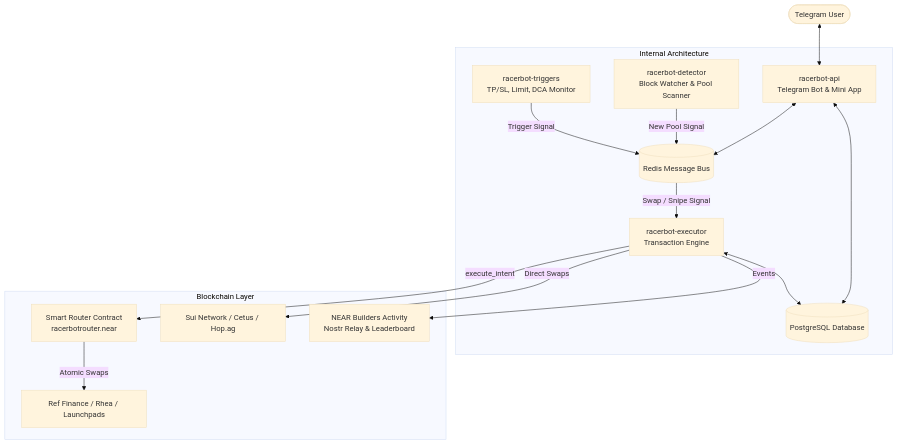
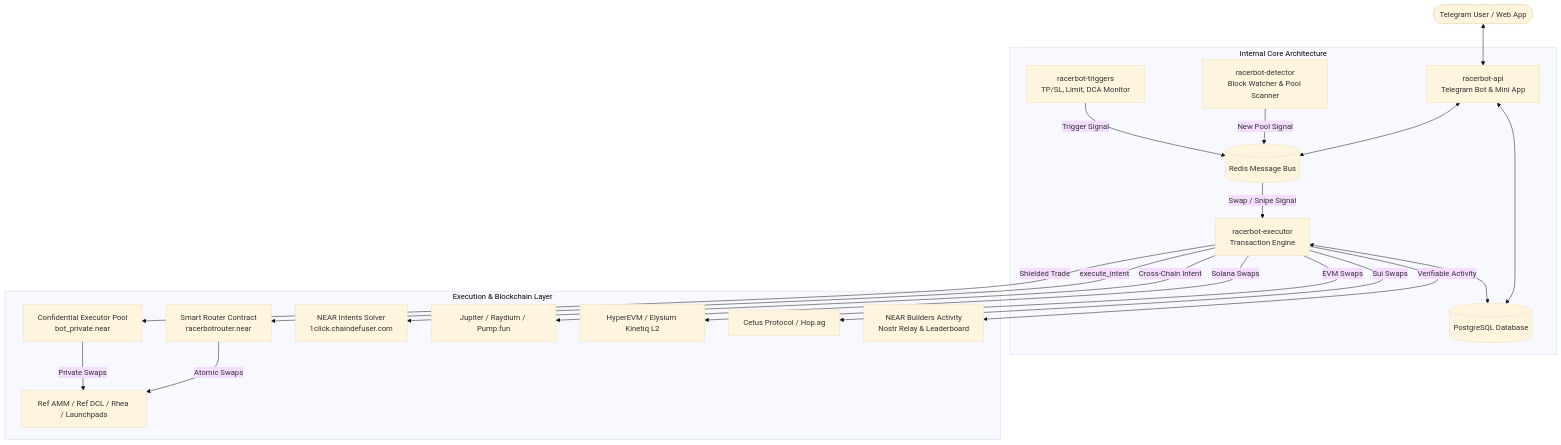
Before and after one commit to igboze/racerbot: the diagram in README.md, drawn with Mermaid (base theme). The commit also changed other lines of this file and 4 other files, not shown here.

Commit message:
docs: sanitize .env.example placeholders and update README with cross-chain, confidential trading, and NEAR intents

````diff
--- a/README.md
+++ b/README.md
@@ -178,22 +240,30 @@
 ```mermaid
 flowchart TD
-    User([Telegram User]) <--> BotAPI[racerbot-api\nTelegram Bot & Mini App]
+    User([Telegram User / Web App]) <--> BotAPI[racerbot-api\nTelegram Bot & Mini App]
 
-    subgraph Internal Architecture
+    subgraph Internal Core Architecture
         BotAPI <--> PG[(PostgreSQL Database)]
         BotAPI <--> Redis[(Redis Message Bus)]
 
         Detector[racerbot-detector\nBlock Watcher & Pool Scanner] -->|New Pool Signal| Redis
         Triggers[racerbot-triggers\nTP/SL, Limit, DCA Monitor] -->|Trigger Signal| Redis
 
         Redis -->|Swap / Snipe Signal| Executor[racerbot-executor\nTransaction Engine]
         Executor <--> PG
     end
 
-    subgraph Blockchain Layer
+    subgraph Execution & Blockchain Layer
         Executor -->|execute_intent| Router[Smart Router Contract\nracerbotrouter.near]
-        Router -->|Atomic Swaps| DEXs[Ref Finance / Rhea / Launchpads]
-        Executor -->|Direct Swaps| SuiNetwork[Sui Network / Cetus / Hop.ag]
-        Executor -->|Events| NostrRelay[NEAR Builders Activity\nNostr Relay & Leaderboard]
+        Executor -->|Shielded Trade| ConfPool[Confidential Executor Pool\nbot_private.near]
+        Executor -->|Cross-Chain Intent| IntentsAPI[NEAR Intents Solver\n1click.chaindefuser.com]
+        
+        Router -->|Atomic Swaps| NearDEXs[Ref AMM / Ref DCL / Rhea / Launchpads]
+        ConfPool -->|Private Swaps| NearDEXs
+        
+        Executor -->|Solana Swaps| SolDEXs[Jupiter / Raydium / Pump.fun]
+        Executor -->|EVM Swaps| EVMDEXs[HyperEVM / Elysium Kinetiq L2]
+        Executor -->|Sui Swaps| SuiDEXs[Cetus Protocol / Hop.ag]
+        
+        Executor -->|Verifiable Activity| NostrRelay[NEAR Builders Activity\nNostr Relay & Leaderboard]
     end
 ```
````
